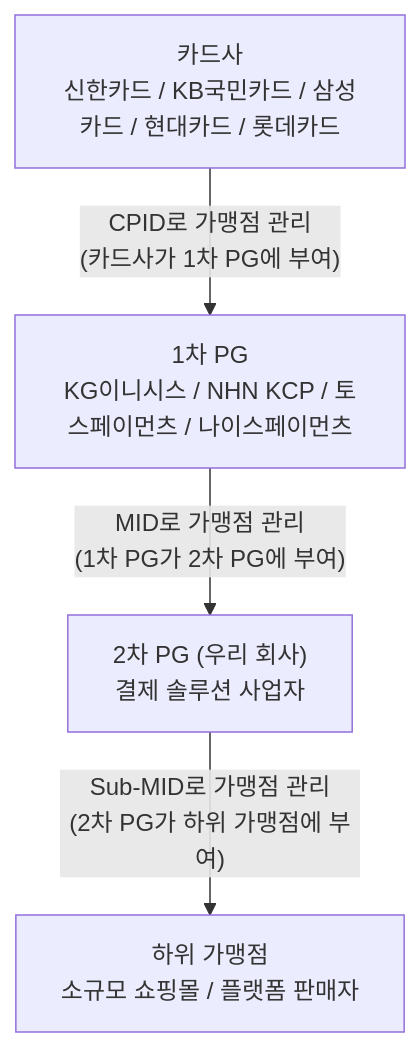
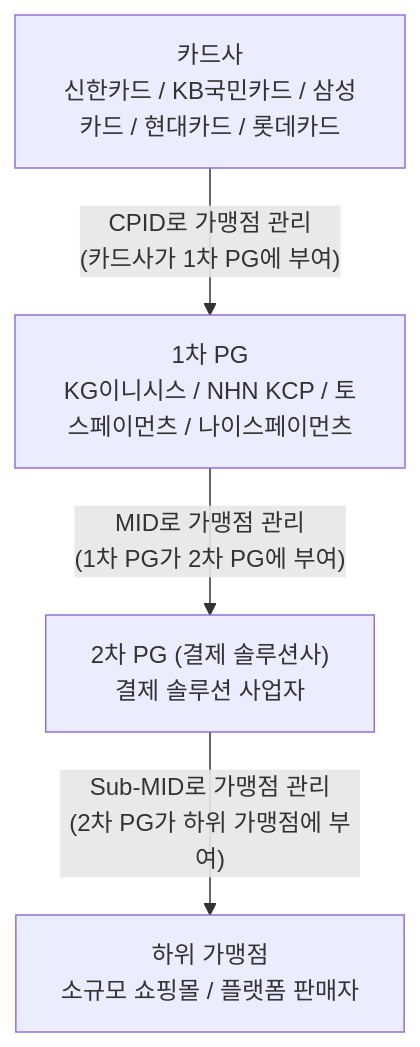
The first of 25 diagrams in content/AI 도구/PG 교육자료/[AI] 2차 PG 백엔드 개발자 교육 문서 - 핵심 개념 및 특징 정리.md (sweetpark/sweetpark.github.io), drawn with Mermaid before and after one commit. The commit also changed other lines of this file and 40 other files, not shown here.

````diff
--- a/content/AI 도구/PG 교육자료/[AI] 2차 PG 백엔드 개발자 교육 문서 - 핵심 개념 및 특징 정리.md
+++ b/content/AI 도구/PG 교육자료/[AI] 2차 PG 백엔드 개발자 교육 문서 - 핵심 개념 및 특징 정리.md
@@ -88,11 +88,11 @@
 ```mermaid
 flowchart TD
     A["카드사\n신한카드 / KB국민카드 / 삼성카드 / 현대카드 / 롯데카드"]
     B["1차 PG\nKG이니시스 / NHN KCP / 토스페이먼츠 / 나이스페이먼츠"]
-    C["2차 PG (우리 회사)\n결제 솔루션 사업자"]
+    C["2차 PG (결제 솔루션사)\n결제 솔루션 사업자"]
     D["하위 가맹점\n소규모 쇼핑몰 / 플랫폼 판매자"]
 
     A -->|"CPID로 가맹점 관리\n(카드사가 1차 PG에 부여)"| B
     B -->|"MID로 가맹점 관리\n(1차 PG가 2차 PG에 부여)"| C
     C -->|"Sub-MID로 가맹점 관리\n(2차 PG가 하위 가맹점에 부여)"| D
 ```
````
